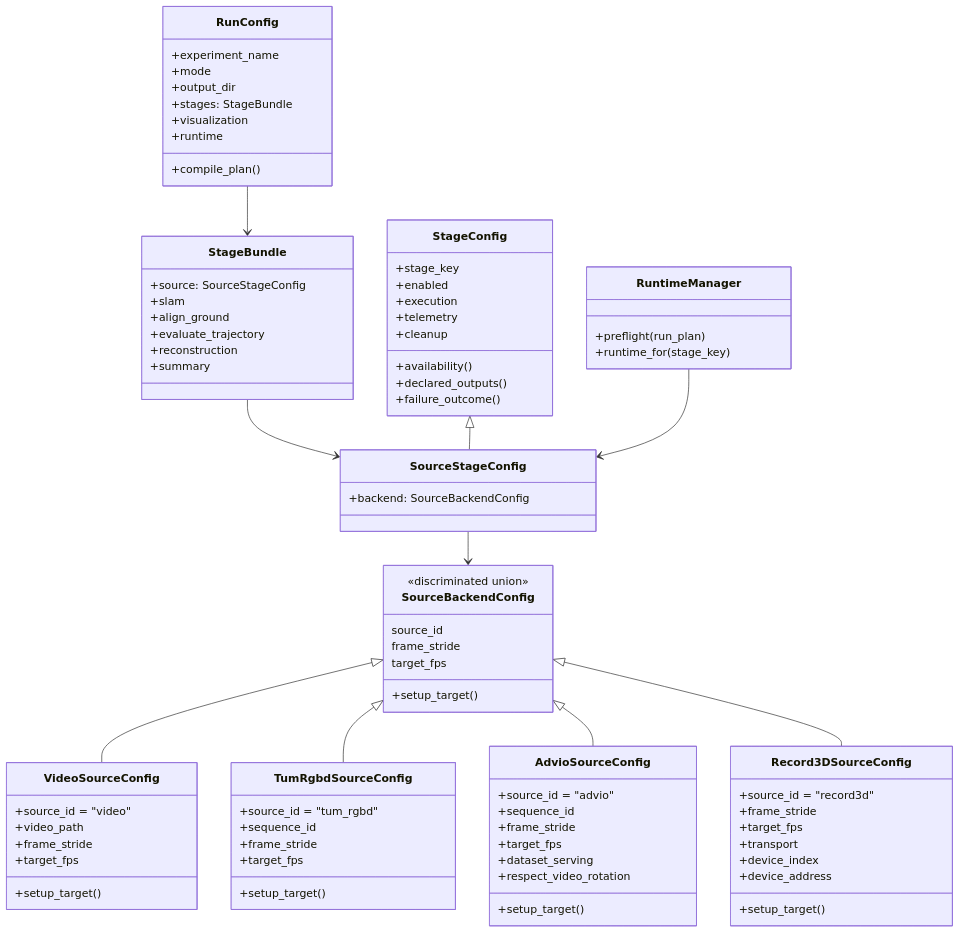
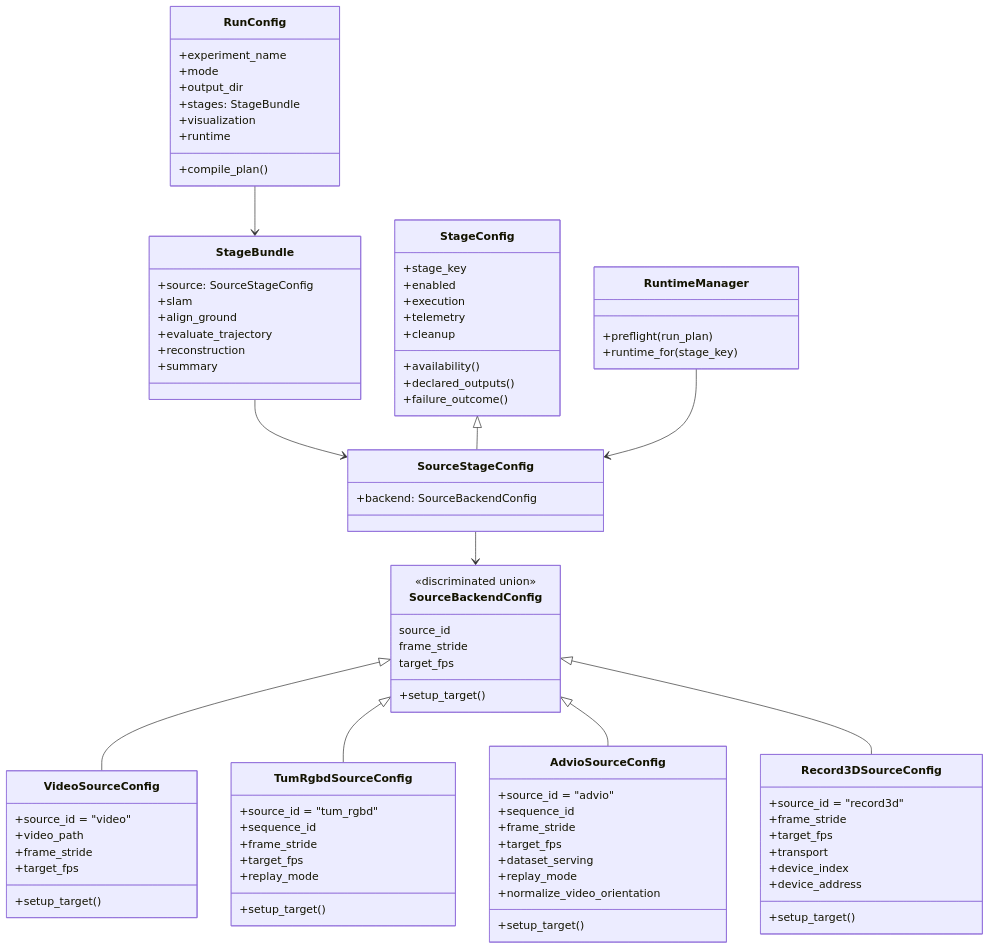
Before and after one commit to JanDuchscherer104/prml-vslam: the fourth of 18 diagrams in docs/architecture/pipeline-stage-refactor-target.md, drawn with Mermaid. The commit also changed 34 other files, not shown here.

Commit message:
fix(sources): normalize replay orientation and log trajectory poses

```diff
--- a/docs/architecture/pipeline-stage-refactor-target.md
+++ b/docs/architecture/pipeline-stage-refactor-target.md
@@ -491,6 +491,7 @@
         +sequence_id
         +frame_stride
         +target_fps
+        +replay_mode
         +setup_target()
     }
 
@@ -500,7 +501,8 @@
         +frame_stride
         +target_fps
         +dataset_serving
-        +respect_video_rotation
+        +replay_mode
+        +normalize_video_orientation
         +setup_target()
     }
 
```
